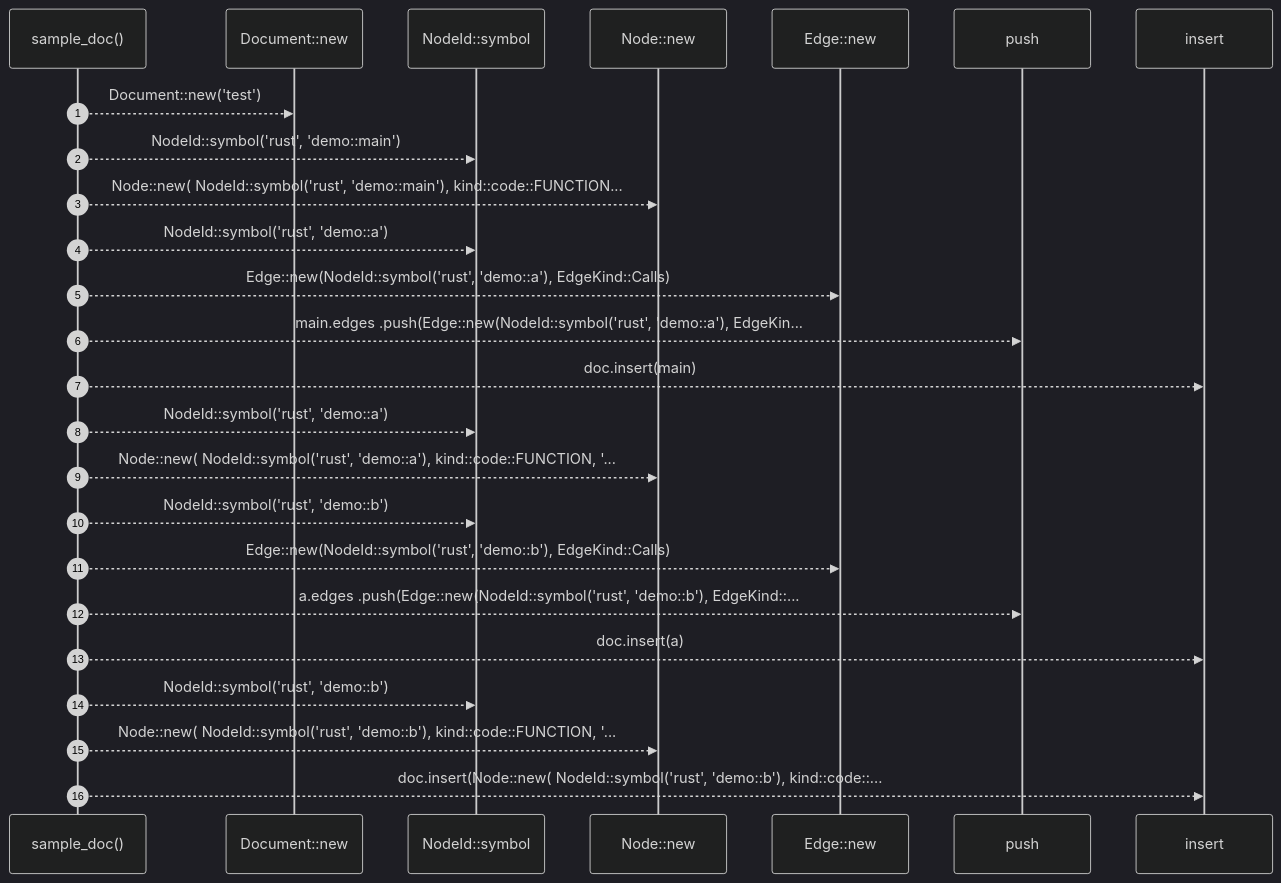
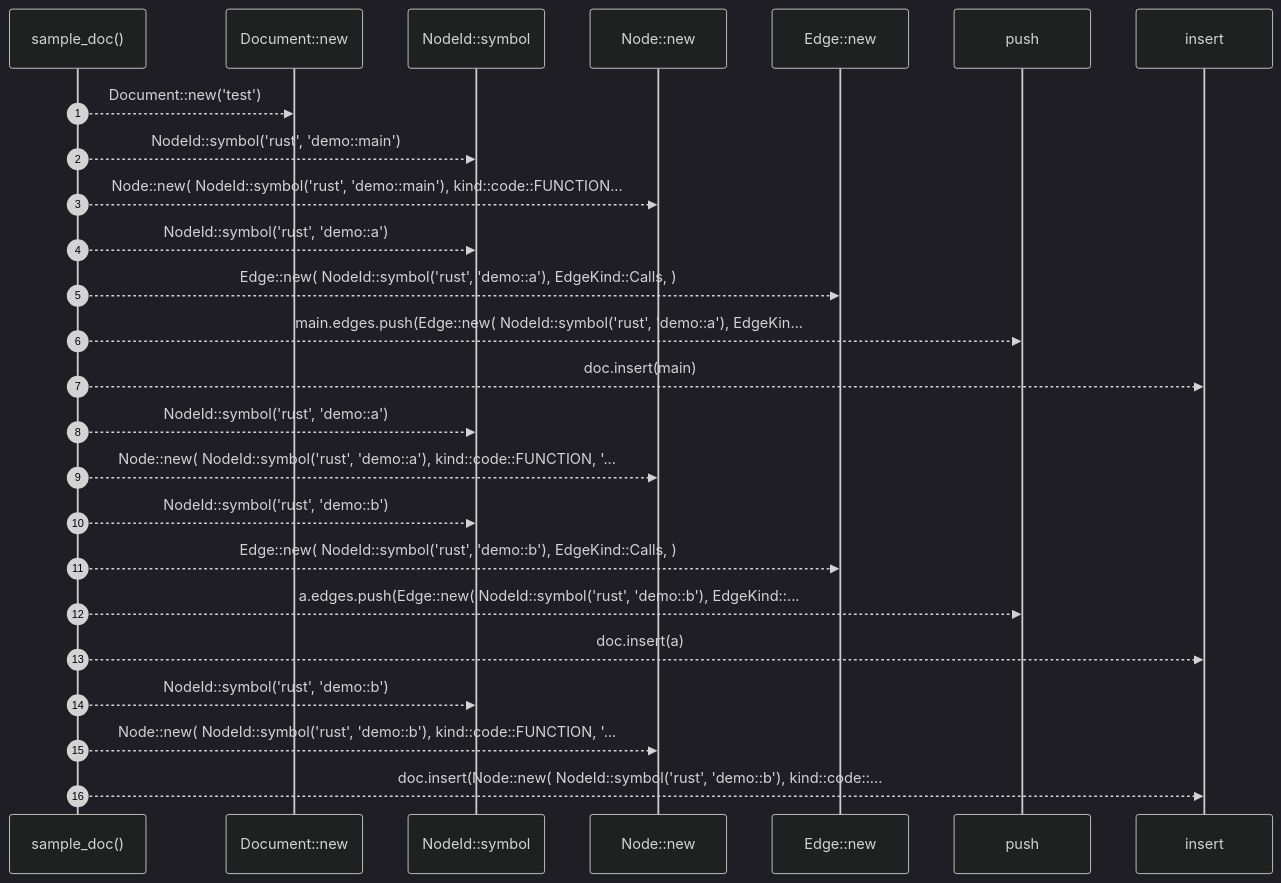
Before and after one commit to RyanGuild/self-describing-code: the diagram in docs/self-model/robby_ir/codepath/tests/sample-doc.md, drawn with Mermaid (dark theme). The commit also changed other lines of this file and 747 other files, not shown here.

````diff
--- a/docs/self-model/robby_ir/codepath/tests/sample-doc.md
+++ b/docs/self-model/robby_ir/codepath/tests/sample-doc.md
@@ -42,27 +46,27 @@
 ```mermaid
 sequenceDiagram
     autonumber
     participant sample_doc as sample_doc()
     participant Document__new as Document::new
     participant NodeId__symbol as NodeId::symbol
     participant Node__new as Node::new
     participant Edge__new as Edge::new
     participant push as push
     participant insert as insert
     sample_doc-->>Document__new: Document::new('test')
     sample_doc-->>NodeId__symbol: NodeId::symbol('rust', 'demo::main')
     sample_doc-->>Node__new: Node::new( NodeId::symbol('rust', 'demo::main'), kind::code::FUNCTION...
     sample_doc-->>NodeId__symbol: NodeId::symbol('rust', 'demo::a')
-    sample_doc-->>Edge__new: Edge::new(NodeId::symbol('rust', 'demo::a'), EdgeKind::Calls)
-    sample_doc-->>push: main.edges .push(Edge::new(NodeId::symbol('rust', 'demo::a'), EdgeKin...
+    sample_doc-->>Edge__new: Edge::new( NodeId::symbol('rust', 'demo::a'), EdgeKind::Calls, )
+    sample_doc-->>push: main.edges.push(Edge::new( NodeId::symbol('rust', 'demo::a'), EdgeKin...
     sample_doc-->>insert: doc.insert(main)
     sample_doc-->>NodeId__symbol: NodeId::symbol('rust', 'demo::a')
     sample_doc-->>Node__new: Node::new( NodeId::symbol('rust', 'demo::a'), kind::code::FUNCTION, '...
     sample_doc-->>NodeId__symbol: NodeId::symbol('rust', 'demo::b')
-    sample_doc-->>Edge__new: Edge::new(NodeId::symbol('rust', 'demo::b'), EdgeKind::Calls)
-    sample_doc-->>push: a.edges .push(Edge::new(NodeId::symbol('rust', 'demo::b'), EdgeKind::...
+    sample_doc-->>Edge__new: Edge::new( NodeId::symbol('rust', 'demo::b'), EdgeKind::Calls, )
+    sample_doc-->>push: a.edges.push(Edge::new( NodeId::symbol('rust', 'demo::b'), EdgeKind::...
     sample_doc-->>insert: doc.insert(a)
     sample_doc-->>NodeId__symbol: NodeId::symbol('rust', 'demo::b')
     sample_doc-->>Node__new: Node::new( NodeId::symbol('rust', 'demo::b'), kind::code::FUNCTION, '...
     sample_doc-->>insert: doc.insert(Node::new( NodeId::symbol('rust', 'demo::b'), kind::code::...
 ```
````
